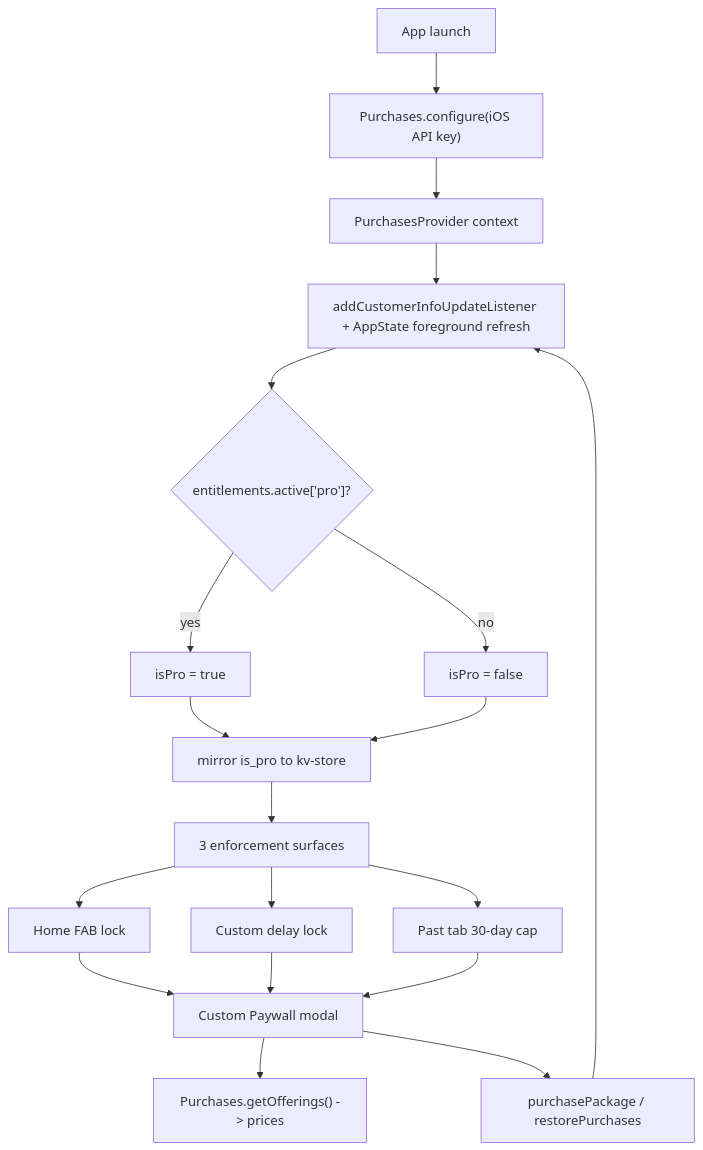
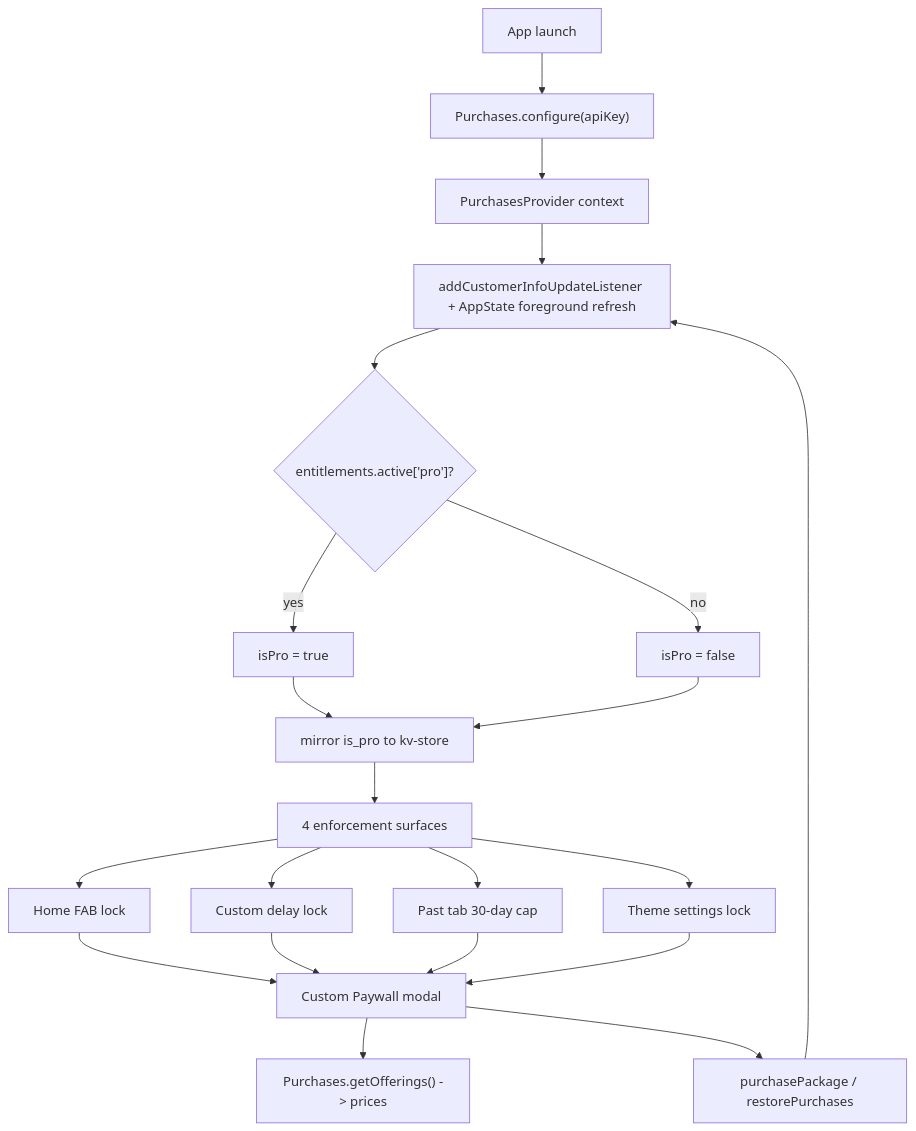
The diagram in PAYMENTS_SETUP.md (jonathanwong0908/wants), drawn with Mermaid before and after one commit. The commit also changed other lines of this file and 3 other files, not shown here.

````diff
--- a/PAYMENTS_SETUP.md
+++ b/PAYMENTS_SETUP.md
@@ -25,21 +41,23 @@
 ```mermaid
 flowchart TD
-  Launch[App launch] --> Configure["Purchases.configure(iOS API key)"]
+  Launch[App launch] --> Configure["Purchases.configure(apiKey)"]
   Configure --> Provider[PurchasesProvider context]
   Provider --> Listener[addCustomerInfoUpdateListener + AppState foreground refresh]
   Listener --> Entitlement{"entitlements.active['pro']?"}
   Entitlement -->|yes| Pro[isPro = true]
   Entitlement -->|no| Free[isPro = false]
   Pro --> Mirror["mirror is_pro to kv-store"]
   Free --> Mirror
-  Mirror --> Gates[3 enforcement surfaces]
+  Mirror --> Gates[4 enforcement surfaces]
   Gates --> FAB[Home FAB lock]
   Gates --> Delay[Custom delay lock]
   Gates --> History[Past tab 30-day cap]
+  Gates --> Theme[Theme settings lock]
   FAB --> Paywall[Custom Paywall modal]
   Delay --> Paywall
   History --> Paywall
+  Theme --> Paywall
   Paywall --> Offerings["Purchases.getOfferings() -> prices"]
   Paywall --> Purchase["purchasePackage / restorePurchases"]
   Purchase --> Listener
 ```
````
